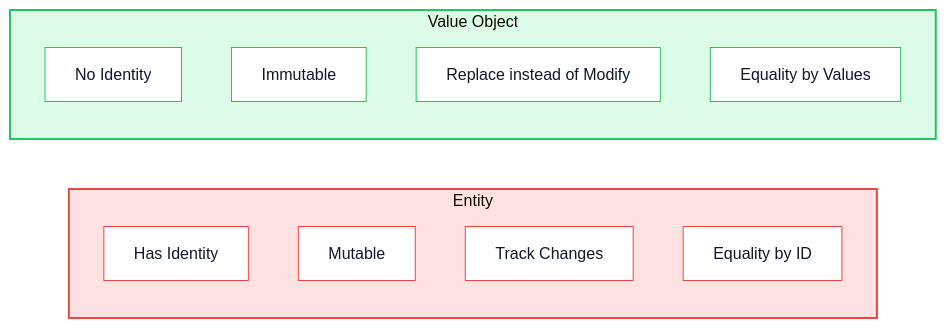
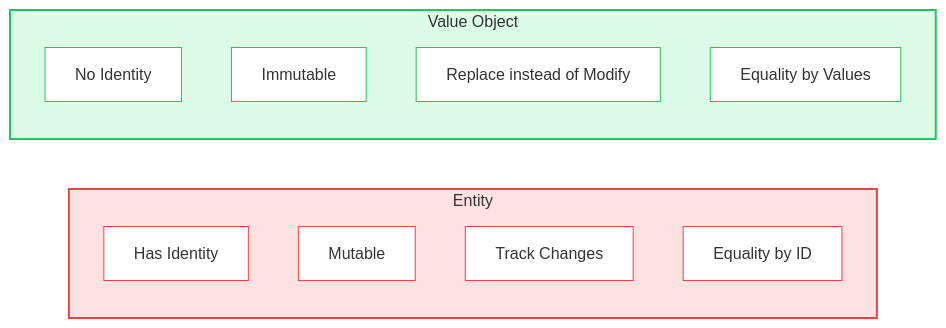
Before and after one commit to jirayusueb/memo-vault: the fourth of 4 diagrams in 00-INBOX/practical-ddd-tactical-design.md, drawn with Mermaid. The commit also changed other lines of this file and 2 other files, not shown here.

Commit message:
Remove: Mermaid theme init blocks

````diff
--- a/00-INBOX/practical-ddd-tactical-design.md
+++ b/00-INBOX/practical-ddd-tactical-design.md
@@ -163,39 +130,28 @@
 ```mermaid
-%%{init: {
-  'theme': 'base',
-  'themeVariables': {
-    'primaryColor': '#f8fafc',
-    'primaryTextColor': '#0f172a',
-    'primaryBorderColor': '#3b82f6',
-    'lineColor': '#64748b',
-    'secondaryColor': '#fefce8',
-    'tertiaryColor': '#eff6ff',
-    'background': '#ffffff'
-  }
-}}%%
+
 graph LR
     subgraph ENTITY["Entity"]
         E1[Has Identity]
         E2[Mutable]
         E3[Track Changes]
         E4[Equality by ID]
     end
 
     subgraph VO["Value Object"]
         V1[No Identity]
         V2[Immutable]
         V3[Replace instead of Modify]
         V4[Equality by Values]
     end
 
     style ENTITY fill:#fee2e2,stroke:#ef4444,stroke-width:2px
     style VO fill:#dcfce7,stroke:#22c55e,stroke-width:2px
     style E1 fill:#ffffff,stroke:#ef4444
     style E2 fill:#ffffff,stroke:#ef4444
     style E3 fill:#ffffff,stroke:#ef4444
     style E4 fill:#ffffff,stroke:#ef4444
     style V1 fill:#ffffff,stroke:#22c55e
     style V2 fill:#ffffff,stroke:#22c55e
     style V3 fill:#ffffff,stroke:#22c55e
     style V4 fill:#ffffff,stroke:#22c55e
 ```
````
